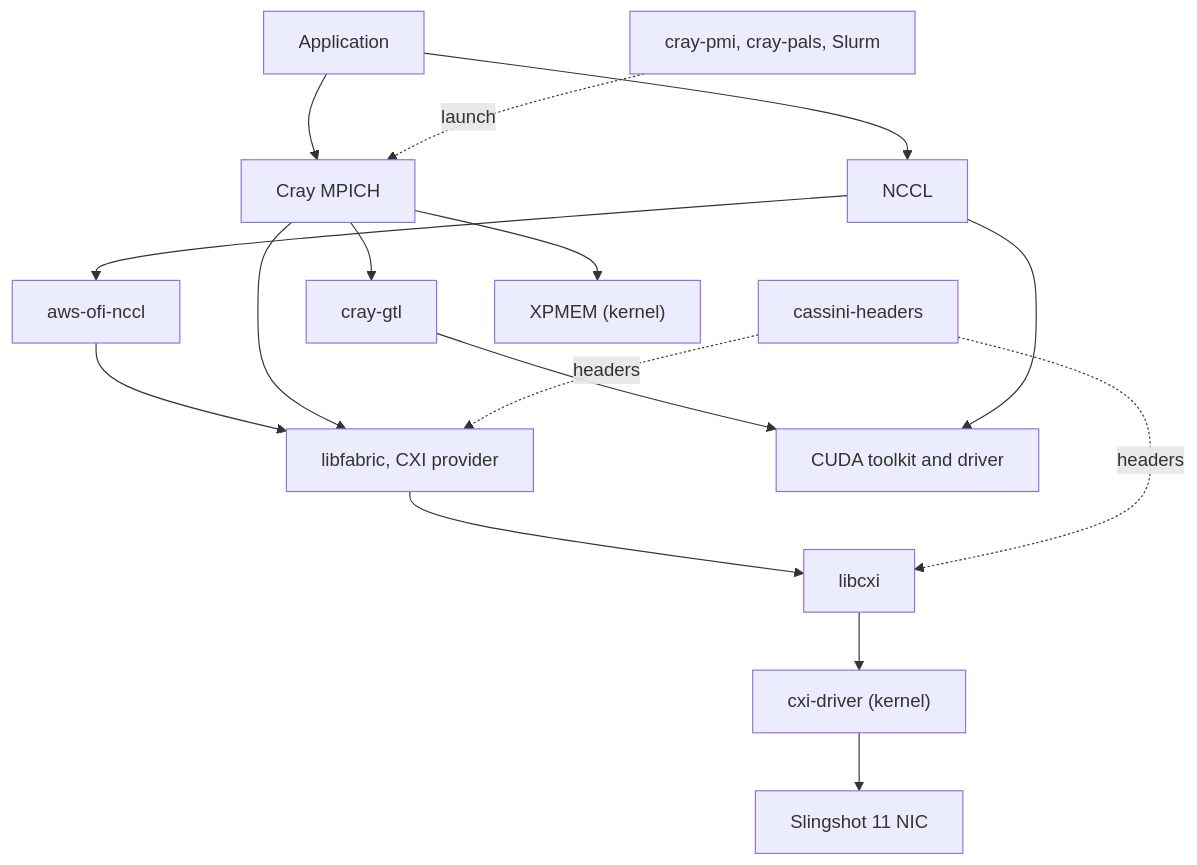
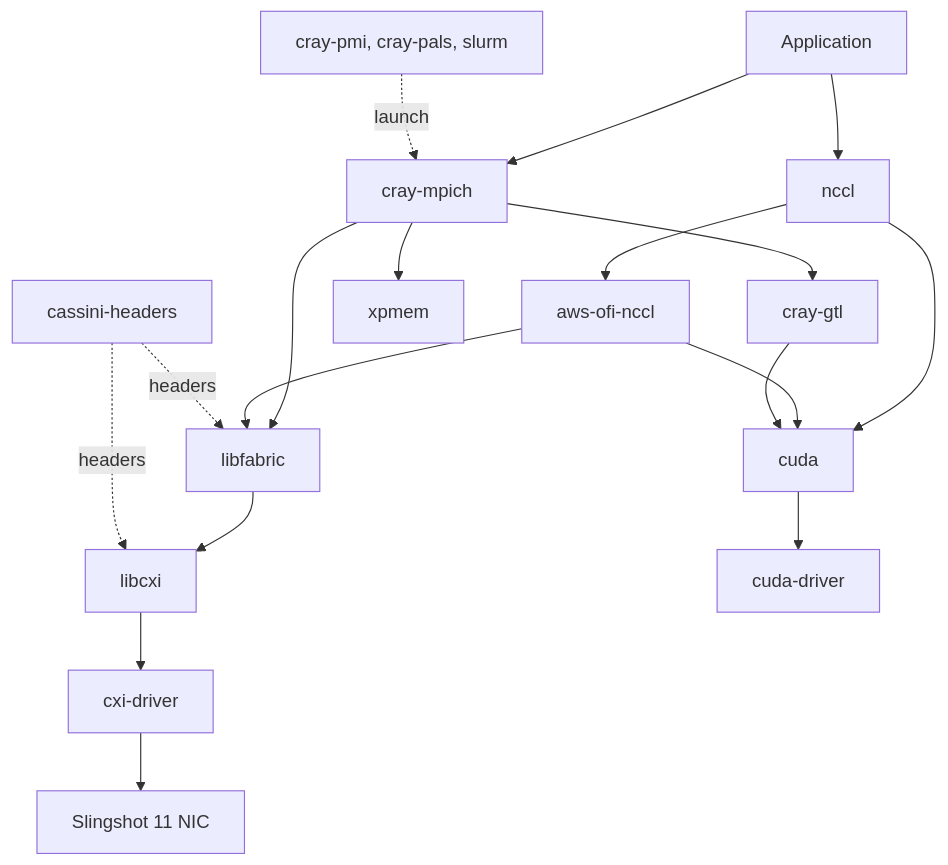
One commit to eth-cscs/netstack changed the diagram in docs/packages/index.md. Above: the diagram before and after it, drawn with Mermaid. The commit also changed other lines of this file, not shown here.

Commit message:
tweak mermaid image

````diff
--- a/docs/packages/index.md
+++ b/docs/packages/index.md
@@ -14,27 +18,36 @@
 ```mermaid
 flowchart TD
   app[Application]
-  mpi[Cray MPICH]
-  nccl[NCCL]
-  gtl[cray-gtl]
-  aws[aws-ofi-nccl]
-  fab["libfabric, CXI provider"]
-  cxi[libcxi]
-  drv["cxi-driver (kernel)"]
-  cass[cassini-headers]
-  xpmem["XPMEM (kernel)"]
+  craympich[cray-mpich]
+  nccl[nccl]
+  craygtl[cray-gtl]
+  awsofinccl[aws-ofi-nccl]
+  libfabric[libfabric]
+  xpmem[xpmem]
+  cuda[cuda]
+  libcxi[libcxi]
+  cassini[cassini-headers]
+  cxidriver[cxi-driver]
+  cudadriver[cuda-driver]
   nic[Slingshot 11 NIC]
-  pmi["cray-pmi, cray-pals, Slurm"]
-  cuda["CUDA toolkit and driver"]
+  launch["cray-pmi, cray-pals, slurm"]
 
-  app --> mpi --> gtl
-  app --> nccl --> aws --> fab
-  mpi --> fab
-  mpi --> xpmem
-  fab --> cxi --> drv --> nic
-  cass -.headers.-> cxi
-  cass -.headers.-> fab
-  gtl --> cuda
+  app --> craympich
+  app --> nccl
+  craympich --> craygtl
+  craympich --> libfabric
+  craympich --> xpmem
+  nccl --> awsofinccl --> libfabric
   nccl --> cuda
-  pmi -.launch.-> mpi
+  awsofinccl --> cuda
+  craygtl --> cuda
+  libfabric --> libcxi --> cxidriver --> nic
+  cuda --> cudadriver
+  cassini -.headers.-> libfabric
+  cassini -.headers.-> libcxi
+  launch -.launch.-> craympich
+
+  %% Invisible edges, used only to place a node on the intended layer.
+  %% craygtl ~~~ xpmem
+  %% cudadriver ~~~ libcxi
 ```
````
